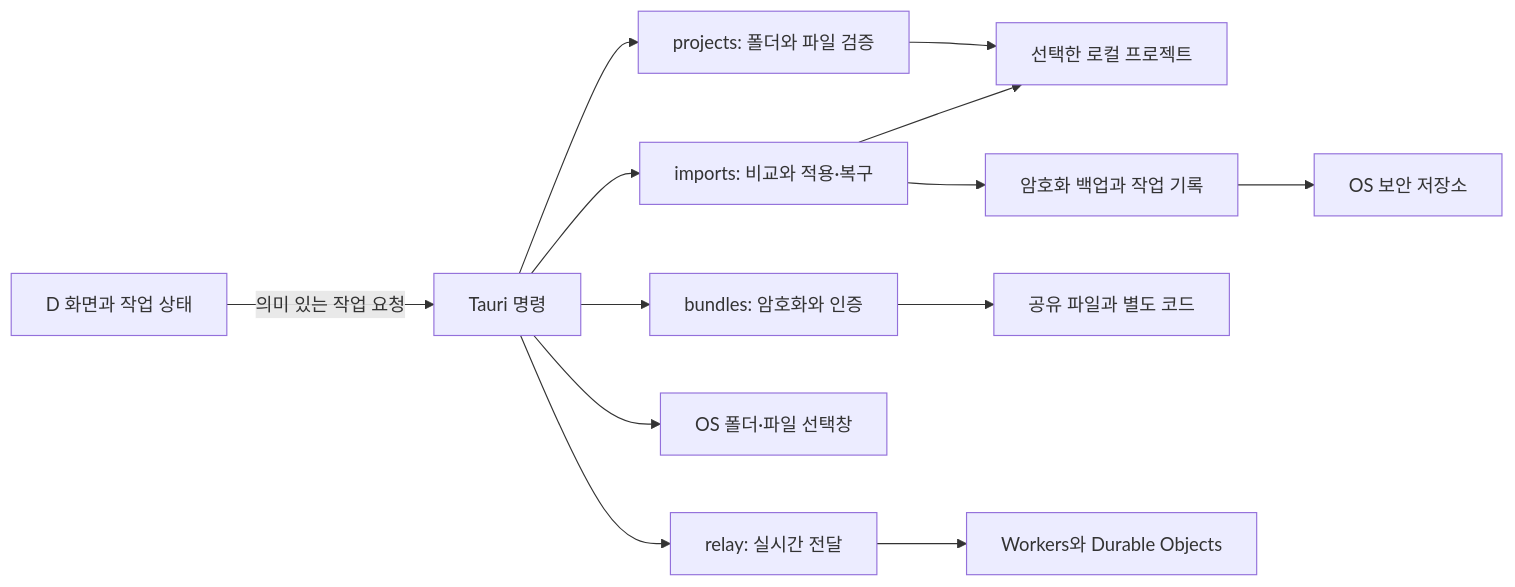
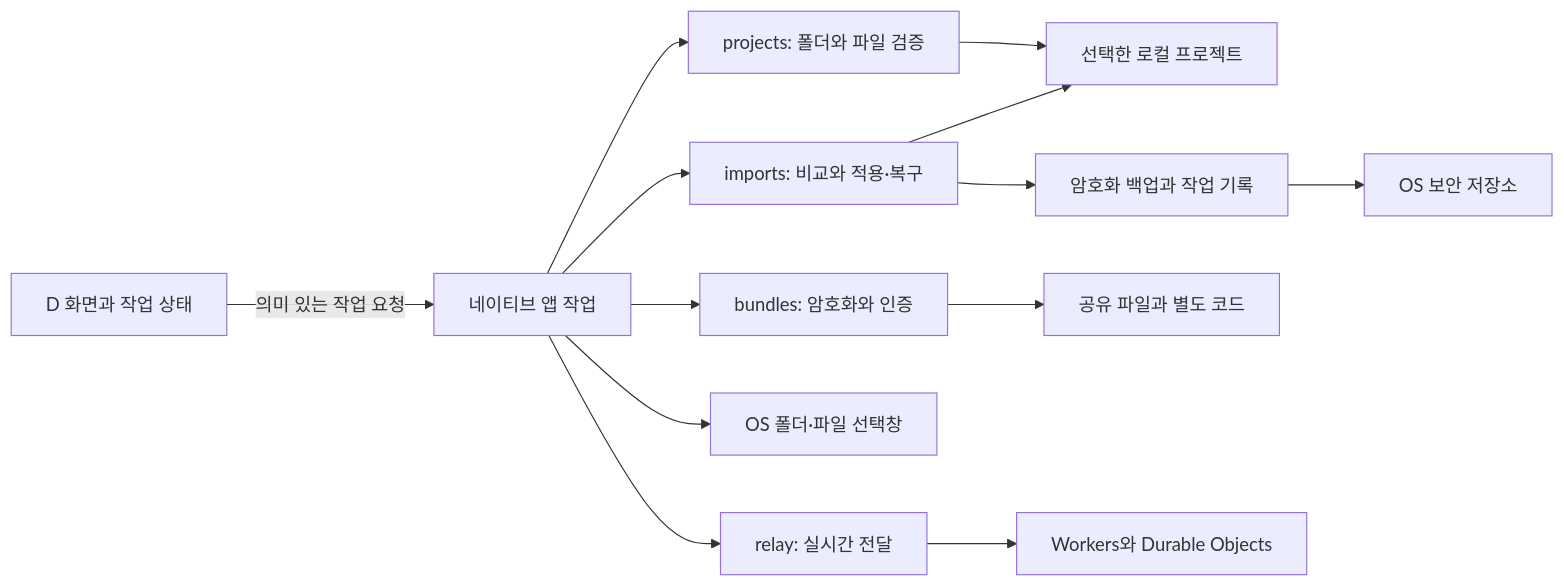
One commit to mabyko/EnvHandoff changed the third of 4 diagrams in docs/app-design.md. Above: the diagram before and after it, drawn with Mermaid. The commit also changed other lines of this file and 13 other files, not shown here.

````diff
--- a/docs/app-design.md
+++ b/docs/app-design.md
@@ -217,15 +217,15 @@
 ```mermaid
 flowchart LR
-  UI[D 화면과 작업 상태] -->|의미 있는 작업 요청| CMD[Tauri 명령]
+  UI[D 화면과 작업 상태] -->|의미 있는 작업 요청| CMD[네이티브 앱 작업]
   CMD --> P[projects: 폴더와 파일 검증]
   CMD --> B[bundles: 암호화와 인증]
   CMD --> I[imports: 비교와 적용·복구]
   CMD --> DIALOG[OS 폴더·파일 선택창]
   P --> LOCAL[선택한 로컬 프로젝트]
   I --> LOCAL
   I --> BACKUP[암호화 백업과 작업 기록]
   BACKUP --> KEY[OS 보안 저장소]
   B --> FILE[공유 파일과 별도 코드]
   CMD --> LIVE[relay: 실시간 전달]
   LIVE --> SERVER[Workers와 Durable Objects]
 ```
````
